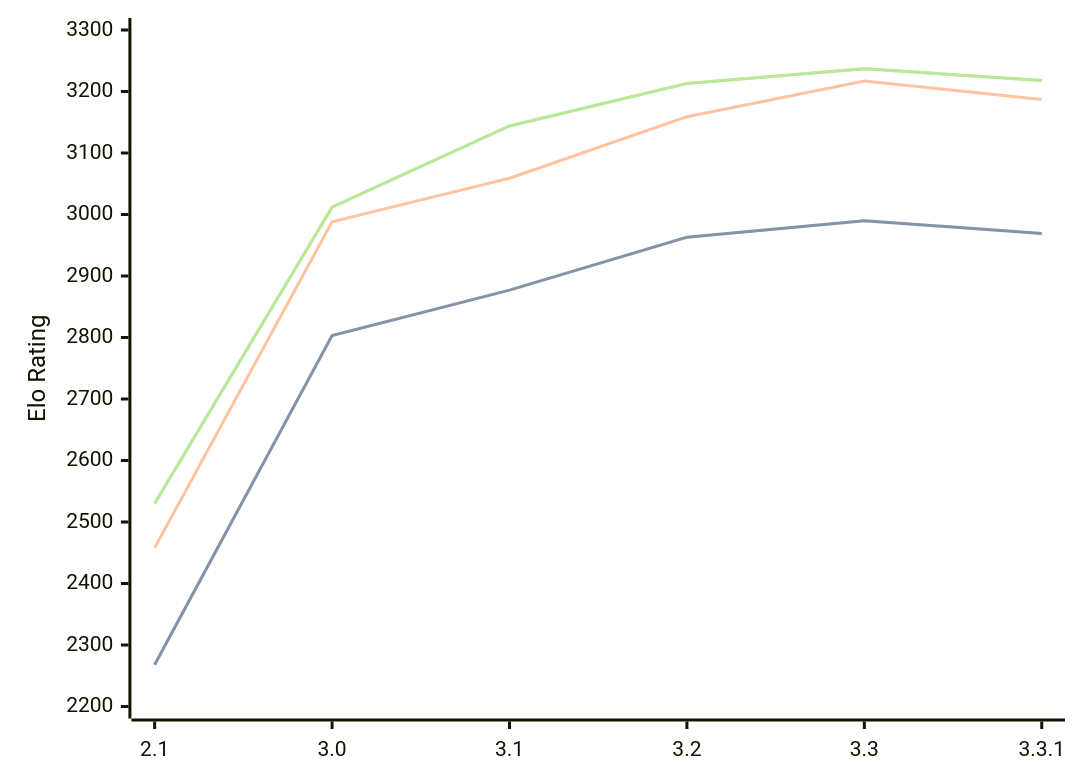
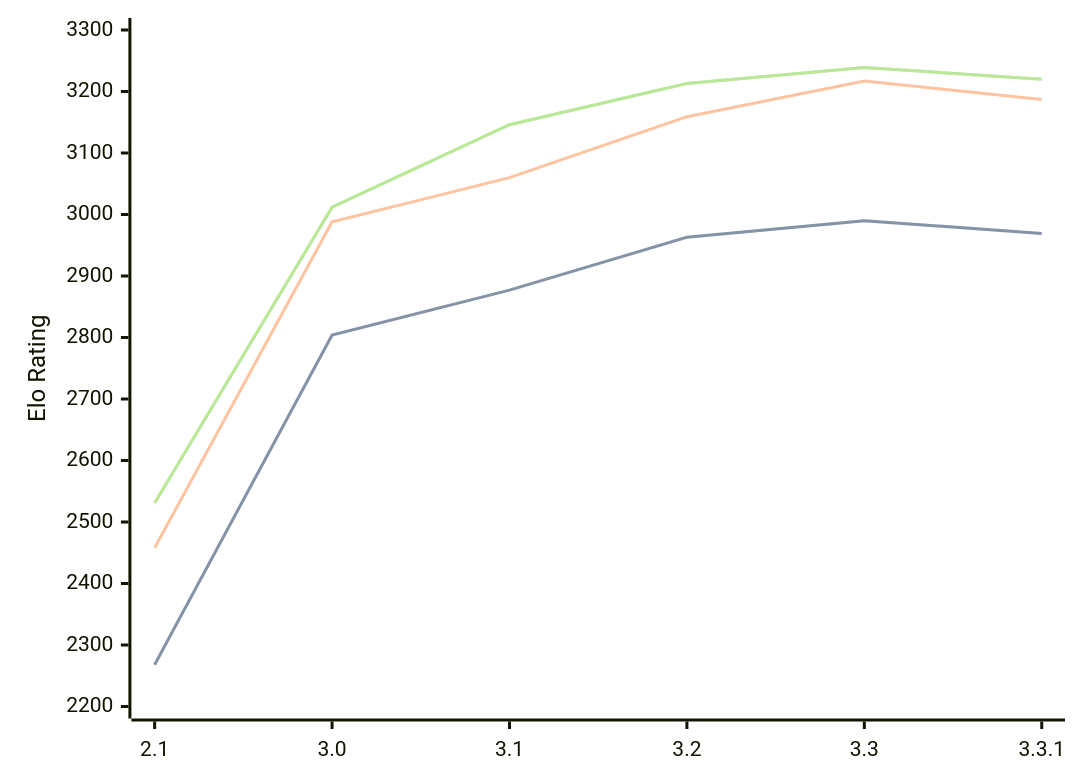
One commit to computer-chess-index/cci changed the diagram in engines/Petrel.md. Above: the diagram before and after it, drawn with Mermaid. The commit also changed other lines of this file, not shown here.

Commit message:
Update CCI Ratings (ELO VLTC) - 2026-05-04

````diff
--- a/engines/Petrel.md
+++ b/engines/Petrel.md
@@ -45,11 +45,11 @@
 ```mermaid
 %%{init: {"theme":"base","themeVariables":{"seriesColors:['#a3a3a3','#222221','#faa371']}}}%%
 xychart-beta
   x-axis ["2.1", "3.0", "3.1", "3.2", "3.3", "3.3.1"]
   y-axis "Elo Rating" 2200 --> 3300
-  line "STC (8.0+0.08s)" [2268, 2803, 2877, 2963, 2990, 2969]
-  line "STC (8.0+0.08s)" [2268, 2803, 2877, 2963, 2990, 2969]
-  line "LTC (60.0+0.60s)" [2458, 2988, 3059, 3159, 3217, 3187]
-  line "VLTC (2m24s+1.12s)" [2530, 3012, 3144, 3213, 3237, 3218]
-  line "VLTC (2m24s+1.12s)" [2530, 3012, 3144, 3213, 3237, 3218]
+  line "STC (8.0+0.08s)" [2268, 2804, 2877, 2963, 2990, 2969]
+  line "STC (8.0+0.08s)" [2268, 2804, 2877, 2963, 2990, 2969]
+  line "LTC (60.0+0.60s)" [2458, 2988, 3060, 3159, 3217, 3187]
+  line "VLTC (2m24s+1.12s)" [2531, 3012, 3146, 3213, 3239, 3220]
+  line "VLTC (2m24s+1.12s)" [2531, 3012, 3146, 3213, 3239, 3220]
 ```
````
